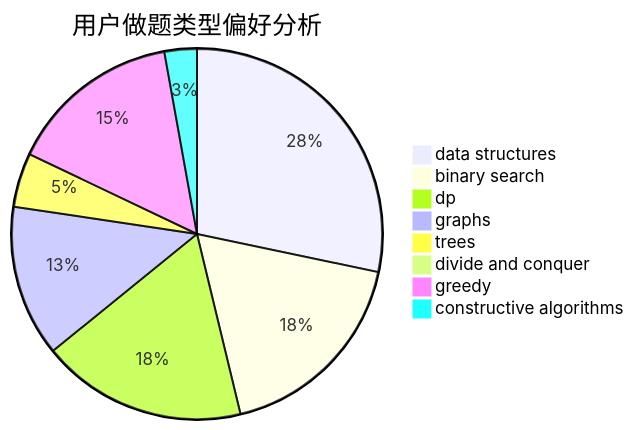
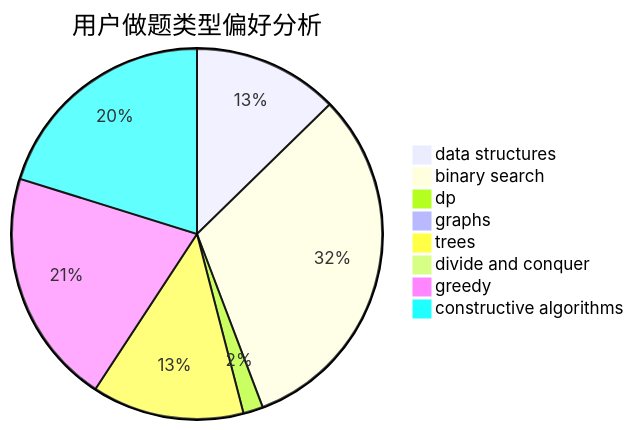
The second of 3 diagrams in docs/user/u406.md (sherpahu/cfrs.github.io), drawn with Mermaid before and after one commit. The commit also changed other lines of this file and 2770 other files, not shown here.

````diff
--- a/docs/user/u406.md
+++ b/docs/user/u406.md
@@ -23,11 +23,11 @@
 ```mermaid
 pie title 用户做题类型偏好分析
-    "data structures" :  30
-    "binary search" :  19
-    "dp" :  19
-    "graphs" :  14
-    "trees" :  5
+    "data structures" :  66
+    "binary search" :  164
+    "dp" :  9
+    "graphs" :  0
+    "trees" :  69
     "divide and conquer" :  0
-    "greedy" :  16
-    "constructive algorithms" :  3
+    "greedy" :  107
+    "constructive algorithms" :  105
 ```
````
